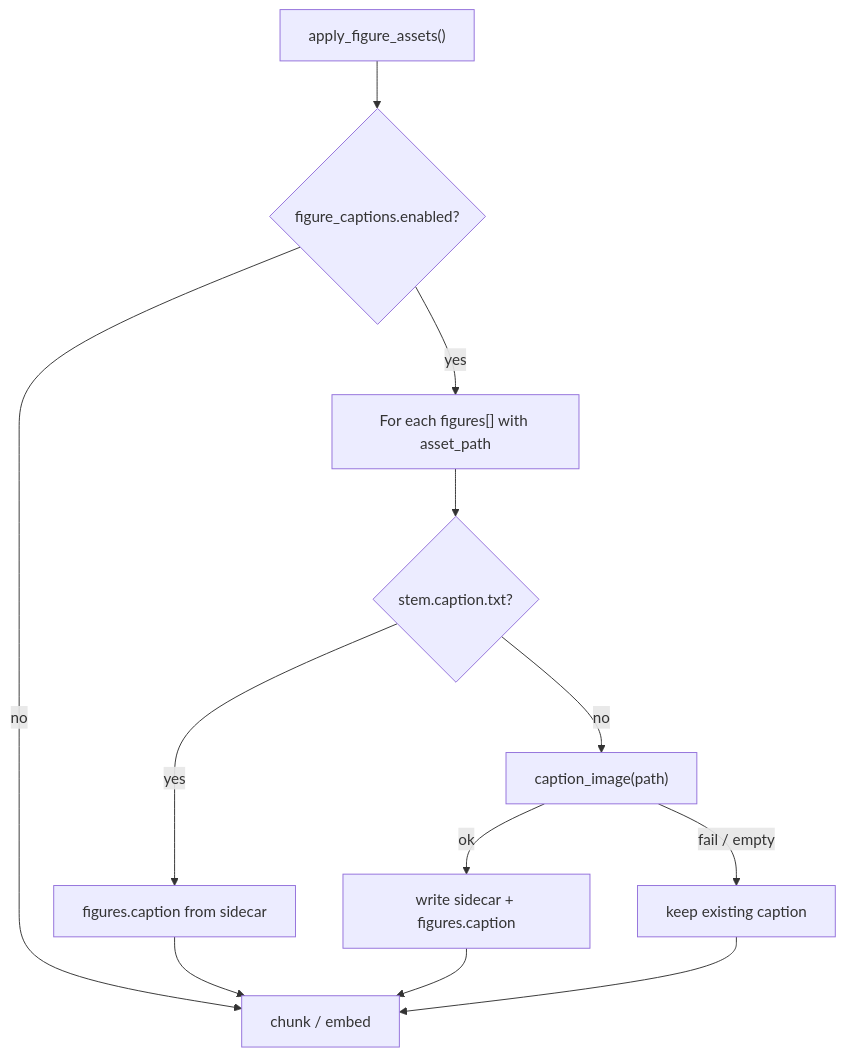
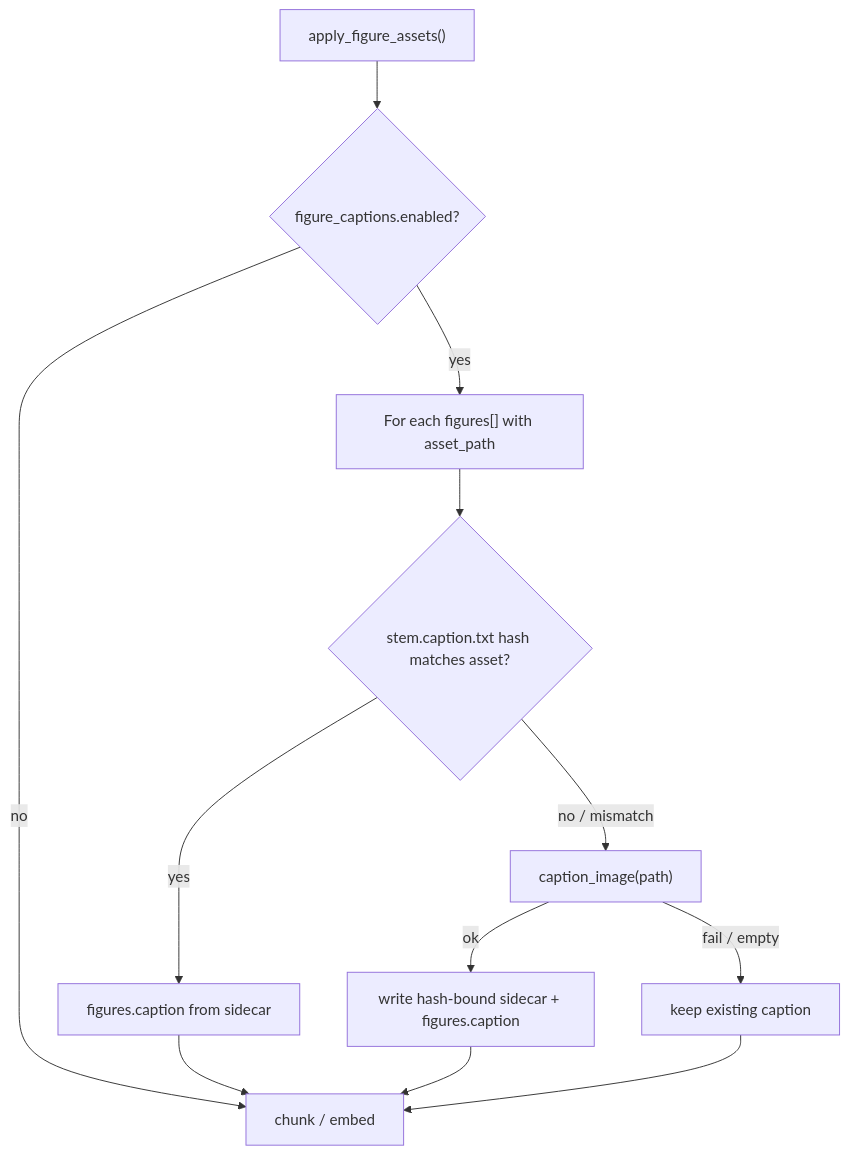
The eighth of 25 diagrams in README.md (ealbertoav/rag_platform), drawn with Mermaid before and after one commit. The commit also changed other lines of this file and 7 other files, not shown here.

First line of the commit message:
Bind sidecar captions to asset hash and re-caption on mismatch (T-231):

````diff
--- a/README.md
+++ b/README.md
@@ -894,14 +894,14 @@
 ```mermaid
 flowchart TD
     ASSETS["apply_figure_assets()"] --> FLAG{"figure_captions.enabled?"}
     FLAG -->|no| CHUNK["chunk / embed"]
     FLAG -->|yes| LOOP["For each figures[] with asset_path"]
-    LOOP --> SIDE{"stem.caption.txt?"}
+    LOOP --> SIDE{"stem.caption.txt hash matches asset?"}
     SIDE -->|yes| META["figures.caption from sidecar"]
-    SIDE -->|no| VLM["caption_image(path)"]
-    VLM -->|ok| WRITE["write sidecar + figures.caption"]
+    SIDE -->|no / mismatch| VLM["caption_image(path)"]
+    VLM -->|ok| WRITE["write hash-bound sidecar + figures.caption"]
     VLM -->|fail / empty| KEEP["keep existing caption"]
     META --> CHUNK
     WRITE --> CHUNK
     KEEP --> CHUNK
 ```
````
